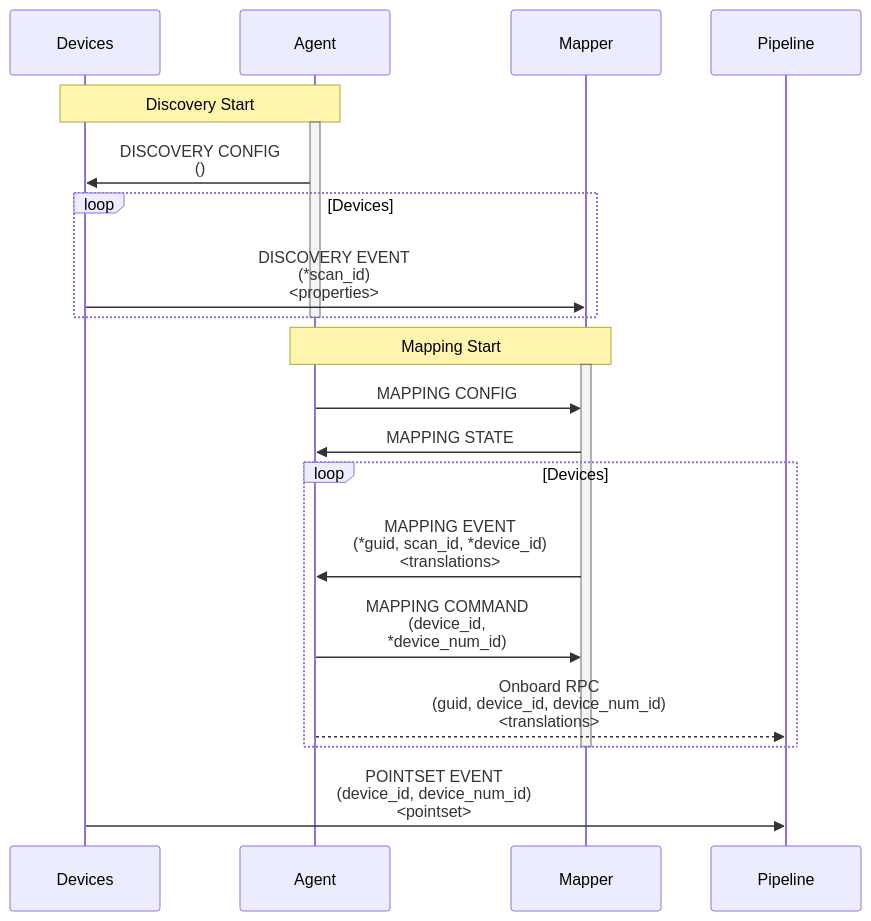
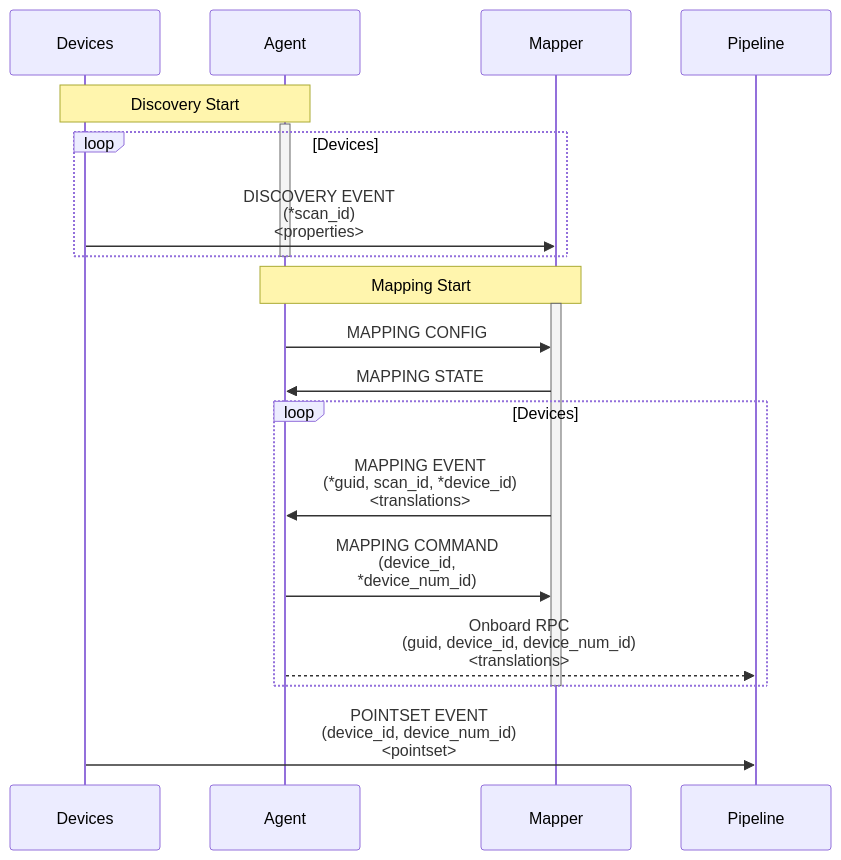
The diagram in docs/specs/mapping.md (faucetsdn/udmi), drawn with Mermaid before and after one commit. The commit also changed 1 other file, not shown here.

Commit message:
Minor tweaks

````diff
--- a/docs/specs/mapping.md
+++ b/docs/specs/mapping.md
@@ -24,26 +24,25 @@
 ```mermaid
 sequenceDiagram
   %%{wrap}%%
   participant Devices
   participant Agent
   participant Mapper
   participant Pipeline
   Note over Devices, Agent: Discovery Start
   activate Agent
-  Agent->>Devices: DISCOVERY CONFIG<br/>()
   loop Devices
     Devices->>Mapper: DISCOVERY EVENT<br/>(*scan_id)<br/><properties>
   end
   deactivate Agent
   Note over Agent, Mapper: Mapping Start
   activate Mapper
   Agent->>Mapper: MAPPING CONFIG
   Mapper->>Agent: MAPPING STATE
   loop Devices
     Mapper->>Agent: MAPPING EVENT<br/>(*guid, scan_id, *device_id)<br/><translations>
     Agent->>Mapper: MAPPING COMMAND<br/>(device_id, *device_num_id)
     Agent-->>Pipeline: Onboard RPC<br/>(guid, device_id, device_num_id)<br/><translations>
   end
   deactivate Mapper
   Devices->>Pipeline: POINTSET EVENT<br/>(device_id, device_num_id)<br/><pointset>
 ```
````
